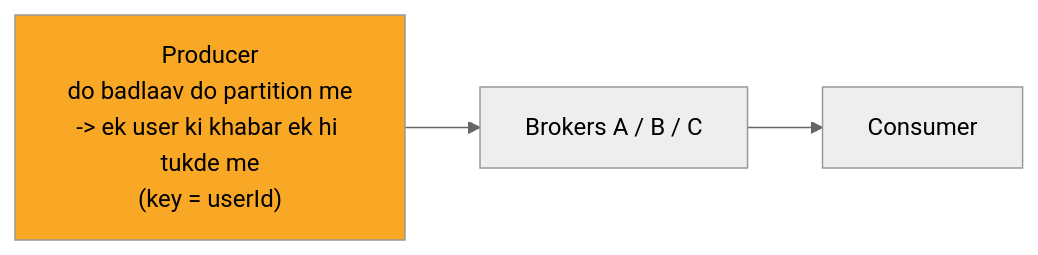
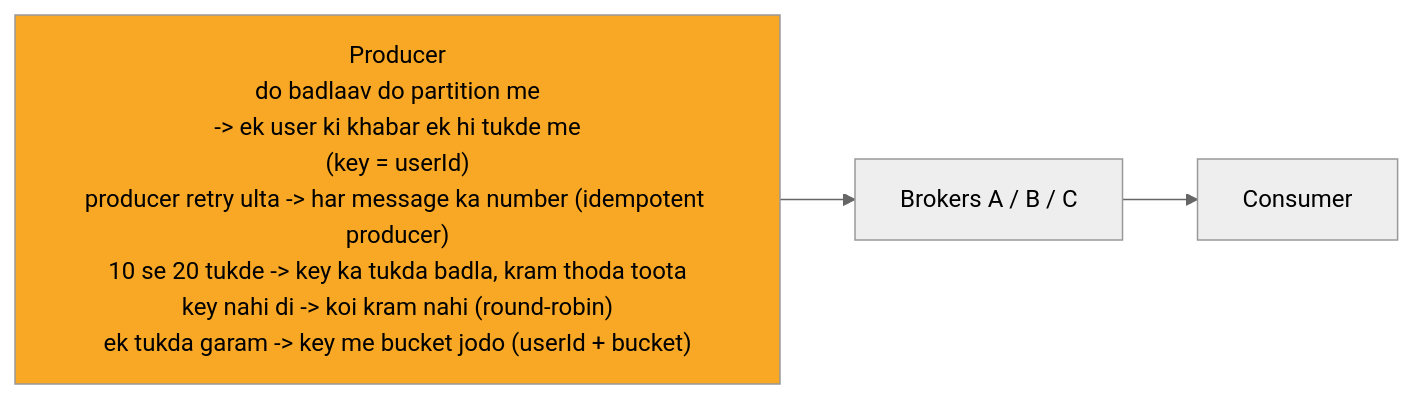
The fourth of 12 diagrams in 04_HLD/SYSTEM_DESIGNS/12_message_queue_kafka/12_message_queue_kafka.md (ArpanMaheshwari144/Prep), drawn with Mermaid (neutral theme) before and after one commit. The commit also changed other lines of this file and 12 other files, not shown here.

Commit message:
hld 02-14: peele dabbe me SAFAR ke mod + diagram chauda (wrappingWidth 450)

````diff
--- a/04_HLD/SYSTEM_DESIGNS/12_message_queue_kafka/12_message_queue_kafka.md
+++ b/04_HLD/SYSTEM_DESIGNS/12_message_queue_kafka/12_message_queue_kafka.md
@@ -146,9 +149,10 @@
 ```mermaid
+%%{init: {"flowchart": {"wrappingWidth": 450}}}%%
 flowchart LR
-    n_P["Producer<br/>do badlaav do partition me<br/>-> ek user ki khabar ek hi tukde me<br/>(key = userId)"]
+    n_P["Producer<br/>do badlaav do partition me<br/>-> ek user ki khabar ek hi tukde me<br/>(key = userId)<br/>producer retry ulta -> har message ka number (idempotent producer)<br/>10 se 20 tukde -> key ka tukda badla, kram thoda toota<br/>key nahi di -> koi kram nahi (round-robin)<br/>ek tukda garam -> key me bucket jodo (userId + bucket)"]
     n_B["Brokers A / B / C"]
     n_C["Consumer"]
     n_P --> n_B
     n_B --> n_C
     style n_P fill:#f9a825,color:#000
 ```
````
